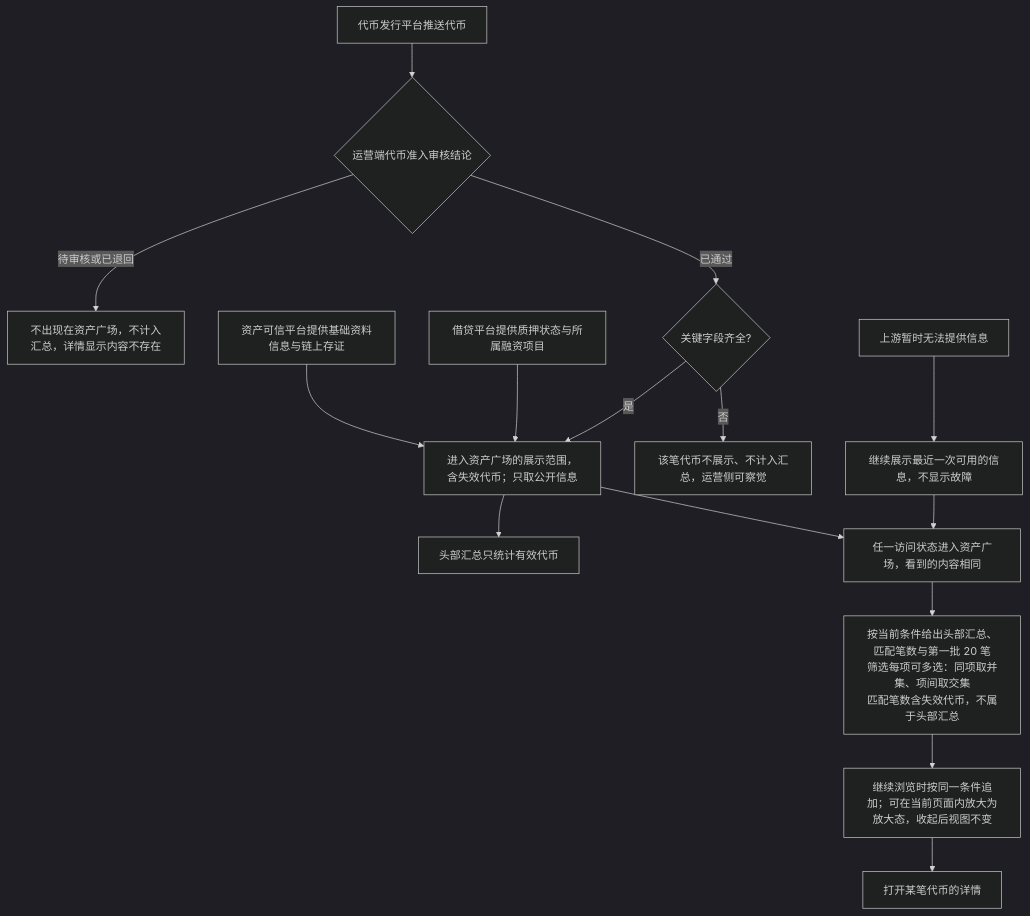
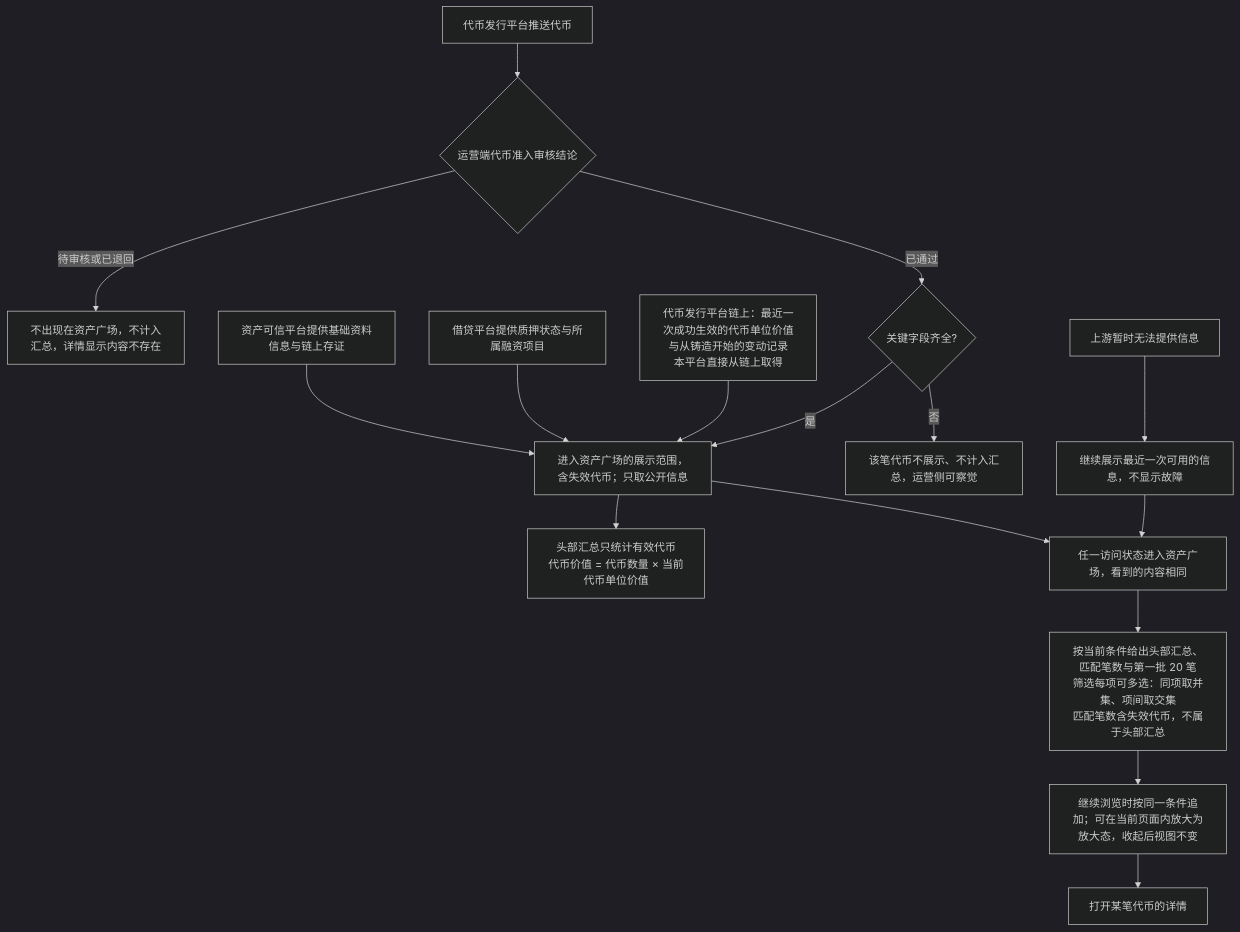
One commit to wxblockchain/Chain-Financing changed the first of 6 diagrams in lending-platform/PRD/面客端/04-资产广场-已上架代币只读域/02-资产广场-流程图与状态机.md. Above: the diagram before and after it, drawn with Mermaid (dark theme). The commit also changed other lines of this file and 21 other files, not shown here.

````diff
--- a/lending-platform/PRD/面客端/04-资产广场-已上架代币只读域/02-资产广场-流程图与状态机.md
+++ b/lending-platform/PRD/面客端/04-资产广场-已上架代币只读域/02-资产广场-流程图与状态机.md
@@ -19,17 +19,18 @@
 ```mermaid
 flowchart TD
   T[代币发行平台推送代币] --> A{运营端代币准入审核结论}
   A -->|待审核或已退回| N[不出现在资产广场，不计入汇总，详情显示内容不存在]
   A -->|已通过| B{关键字段齐全?}
   S[资产可信平台提供基础资料信息与链上存证] --> D
   P[借贷平台提供质押状态与所属融资项目] --> D
+  UV[代币发行平台链上：最近一次成功生效的代币单位价值与从铸造开始的变动记录<br/>本平台直接从链上取得] --> D
   B -->|否| C[该笔代币不展示、不计入汇总，运营侧可察觉]
   B -->|是| D[进入资产广场的展示范围，含失效代币；只取公开信息]
-  D --> Q[头部汇总只统计有效代币]
+  D --> Q[头部汇总只统计有效代币<br/>代币价值 = 代币数量 × 当前代币单位价值]
   D --> E[任一访问状态进入资产广场，看到的内容相同]
   E --> F[按当前条件给出头部汇总、匹配笔数与第一批 20 笔<br/>筛选每项可多选：同项取并集、项间取交集<br/>匹配笔数含失效代币，不属于头部汇总]
   F --> G[继续浏览时按同一条件追加；可在当前页面内放大为放大态，收起后视图不变]
   G --> H[打开某笔代币的详情]
   U[上游暂时无法提供信息] --> V[继续展示最近一次可用的信息，不显示故障]
   V --> E
 ```
````
